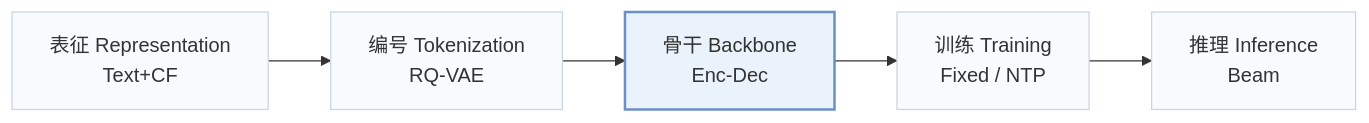
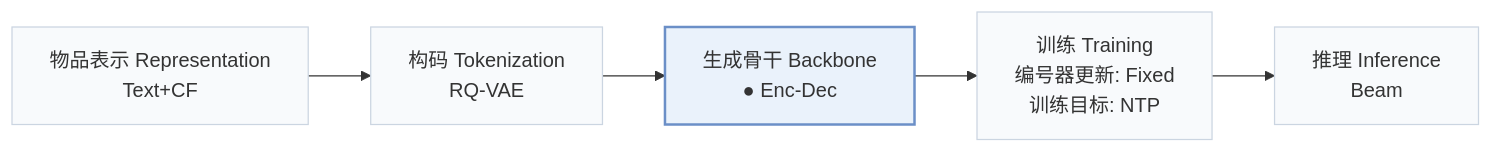
The first of 2 diagrams in pages/zh/papers/decor.md (Galaxy-ghost/Awesome-SID-Generative-Rec), drawn with Mermaid before and after one commit. The commit also changed other lines of this file and 558 other files, not shown here.

````diff
--- a/pages/zh/papers/decor.md
+++ b/pages/zh/papers/decor.md
@@ -15,8 +18,8 @@
 ```mermaid
 flowchart LR
-    R["表征 Representation<br/>Text+CF"] --> T["编号 Tokenization<br/>RQ-VAE"] --> B["骨干 Backbone<br/>Enc-Dec"] --> TR["训练 Training<br/>Fixed / NTP"] --> I["推理 Inference<br/>Beam"]
+    R["物品表示 Representation<br/>Text+CF"] --> T["构码 Tokenization<br/>RQ-VAE"] --> B["生成骨干 Backbone<br/>● Enc-Dec"] --> TR["训练 Training<br/>编号器更新: Fixed<br/>训练目标: NTP"] --> I["推理 Inference<br/>Beam"]
     classDef base fill:#f8fafc,stroke:#cbd5e1
     class R,T,B,TR,I base
     classDef main fill:#eaf2fb,stroke:#6b8fc7,stroke-width:2px
     class B main
 ```
````
